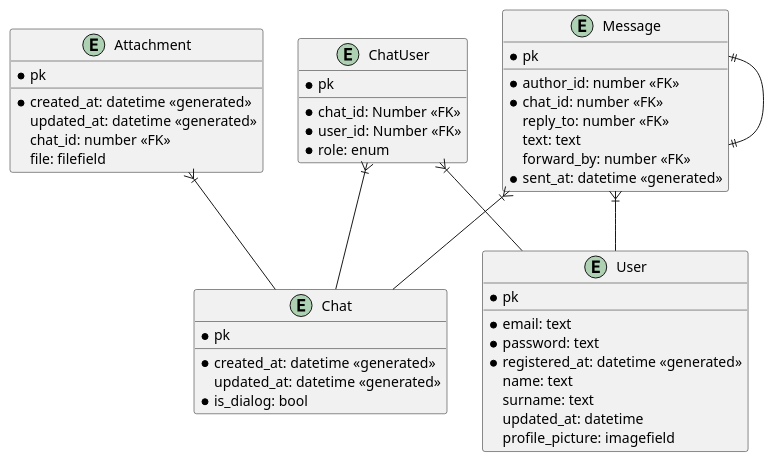
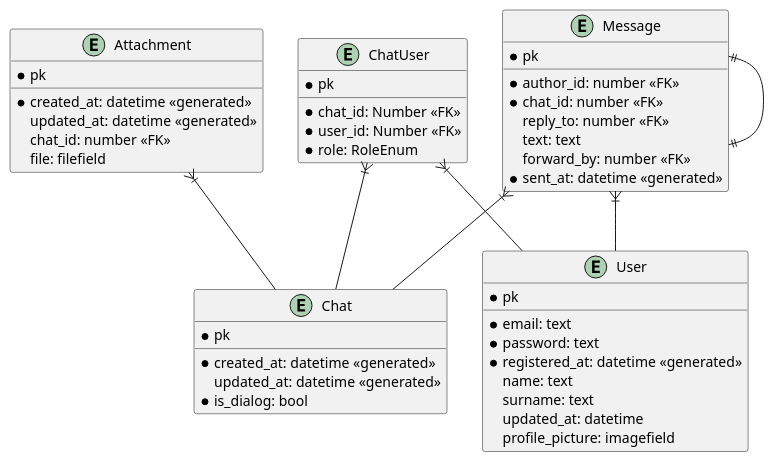
One commit to Timur-Gizatullin/messenger changed the diagram in docs/er_diagram/v0.1.0-er_init.puml. Above: the diagram before and after it, drawn with PlantUML. The commit also changed 1 other file, not shown here.

```diff
--- a/docs/er_diagram/v0.1.0-er_init.puml
+++ b/docs/er_diagram/v0.1.0-er_init.puml
@@ -1,61 +1,61 @@
 @startuml
 entity Chat {
 * pk
 __
 *created_at: datetime <<generated>>
 updated_at: datetime <<generated>>
 *is_dialog: bool
 }
 
 entity Attachment {
 * pk
 __
 *created_at: datetime <<generated>>
 updated_at: datetime <<generated>>
 chat_id: number <<FK>>
 file: filefield
 }
 
 entity Message {
 * pk
 __
 *author_id: number <<FK>>
 *chat_id: number <<FK>>
 reply_to: number <<FK>>
 text: text
 forward_by: number <<FK>>
 *sent_at: datetime <<generated>>
 }
 
 entity User {
 * pk
 __
 *email: text
 *password: text
 *registered_at: datetime <<generated>>
 name: text
 surname: text
 updated_at: datetime
 profile_picture: imagefield
 }
 
 entity ChatUser {
 * pk
 __
 * chat_id: Number <<FK>>
 * user_id: Number <<FK>>
-* role: enum
+* role: RoleEnum
 }
 
 
 ChatUser }|-- User
 ChatUser }|-- Chat
 
 
 Message }|-- User
 Message }|-- Chat
 
 Attachment }|-- Chat
 
 Message ||--|| Message
 @enduml
```
